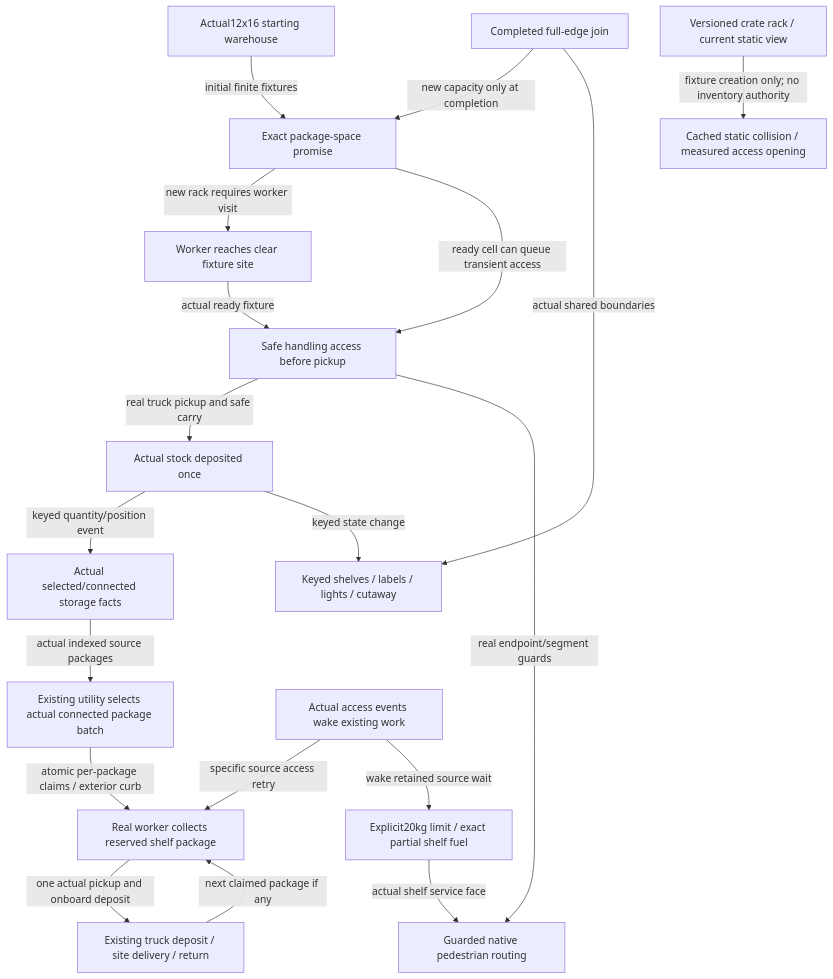
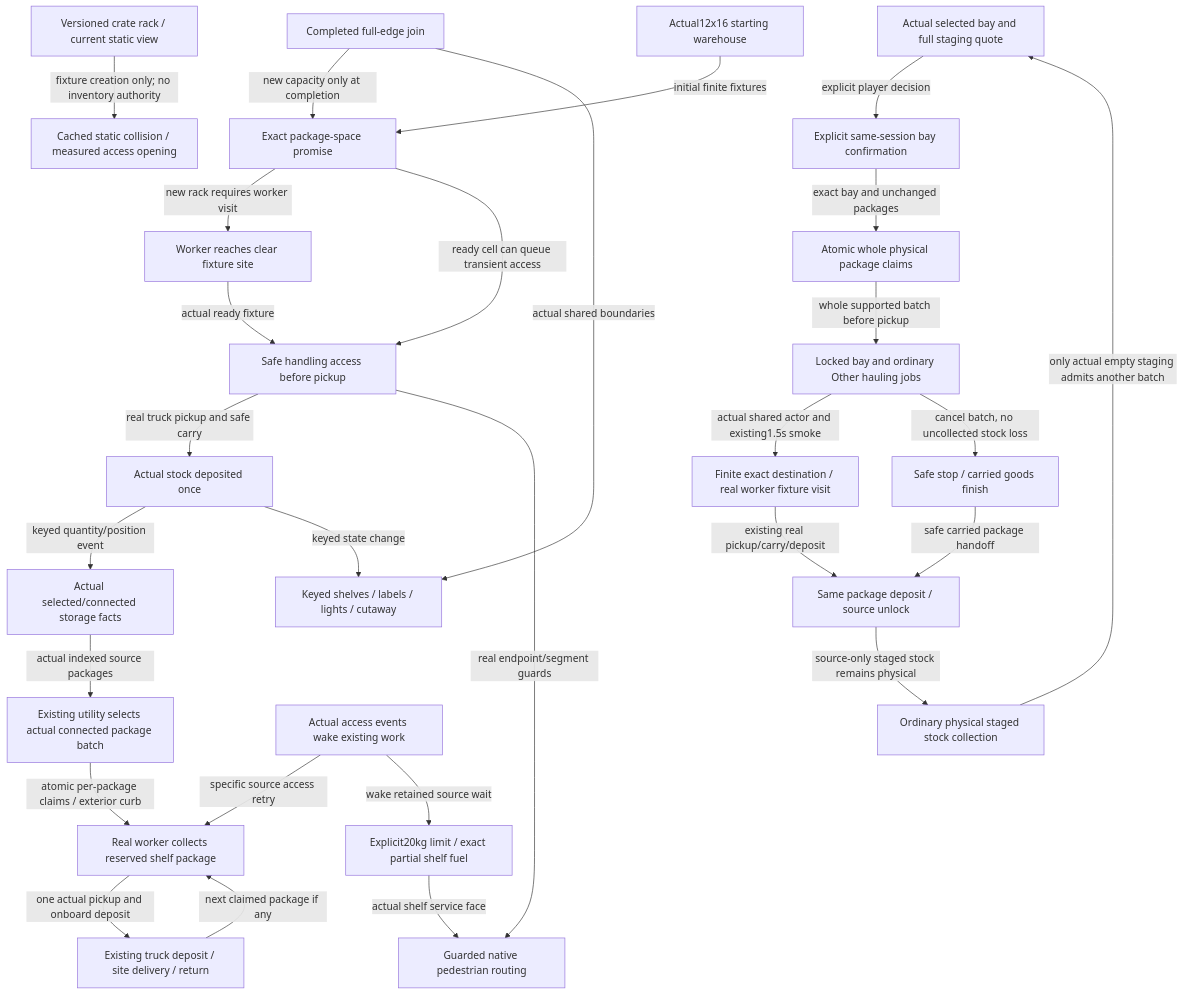
Diagram 51 of 52 in docs/system_atlas.md (TheInfinityIQ/Trencho_V4), drawn with Mermaid before and after one commit. The commit also changed other lines of this file and 9 other files, not shown here.

Commit message:
Map finite staging recovery and actual warehouse inspection controls

````diff
--- a/docs/system_atlas.md
+++ b/docs/system_atlas.md
@@ -1620,37 +1620,54 @@
 ```mermaid
 flowchart TD
     opening["Actual12x16 starting warehouse"]
     reserve["Exact package-space promise"]
     prepare["Worker reaches clear fixture site"]
     access["Safe handling access before pickup"]
     commit["Actual stock deposited once"]
     join["Completed full-edge join"]
     view["Keyed shelves / labels / lights / cutaway"]
     routes["Guarded native pedestrian routing"]
     summary["Actual selected/connected storage facts"]
     batch["Existing utility selects actual connected package batch"]
     load["Real worker collects reserved shelf package"]
     handoff["Existing truck deposit / site delivery / return"]
     fuel["Explicit20kg limit / exact partial shelf fuel"]
     wake["Actual access events wake existing work"]
     metal_static_fixture["Versioned crate rack / current static view"]
     metal_static_collision["Cached static collision / measured access opening"]
+    stage_quote["Actual selected bay and full staging quote"]
+    stage_confirm["Explicit same-session bay confirmation"]
+    stage_claim["Atomic whole physical package claims"]
+    stage_jobs["Locked bay and ordinary Other hauling jobs"]
+    stage_support["Finite exact destination / real worker fixture visit"]
+    stage_receipt["Same package deposit / source unlock"]
+    stage_stop["Safe stop / carried goods finish"]
+    stage_use["Ordinary physical staged stock collection"]
     opening -->|"initial finite fixtures"| reserve
     reserve -->|"new rack requires worker visit"| prepare
     prepare -->|"actual ready fixture"| access
     reserve -->|"ready cell can queue transient access"| access
     access -->|"real truck pickup and safe carry"| commit
     commit -->|"keyed quantity/position event"| summary
     join -->|"new capacity only at completion"| reserve
     commit -->|"keyed state change"| view
     join -->|"actual shared boundaries"| view
     access -->|"real endpoint/segment guards"| routes
     summary -->|"actual indexed source packages"| batch
     batch -->|"atomic per-package claims / exterior curb"| load
     load -->|"one actual pickup and onboard deposit"| handoff
     handoff -->|"next claimed package if any"| load
     wake -->|"specific source access retry"| load
     wake -->|"wake retained source wait"| fuel
     fuel -->|"actual shelf service face"| routes
     metal_static_fixture -->|"fixture creation only; no inventory authority"| metal_static_collision
+    stage_quote -->|"explicit player decision"| stage_confirm
+    stage_confirm -->|"exact bay and unchanged packages"| stage_claim
+    stage_claim -->|"whole supported batch before pickup"| stage_jobs
+    stage_jobs -->|"actual shared actor and existing1.5s smoke"| stage_support
+    stage_support -->|"existing real pickup/carry/deposit"| stage_receipt
+    stage_jobs -->|"cancel batch, no uncollected stock loss"| stage_stop
+    stage_stop -->|"safe carried package handoff"| stage_receipt
+    stage_receipt -->|"source-only staged stock remains physical"| stage_use
+    stage_use -->|"only actual empty staging admits another batch"| stage_quote
 ```
````
